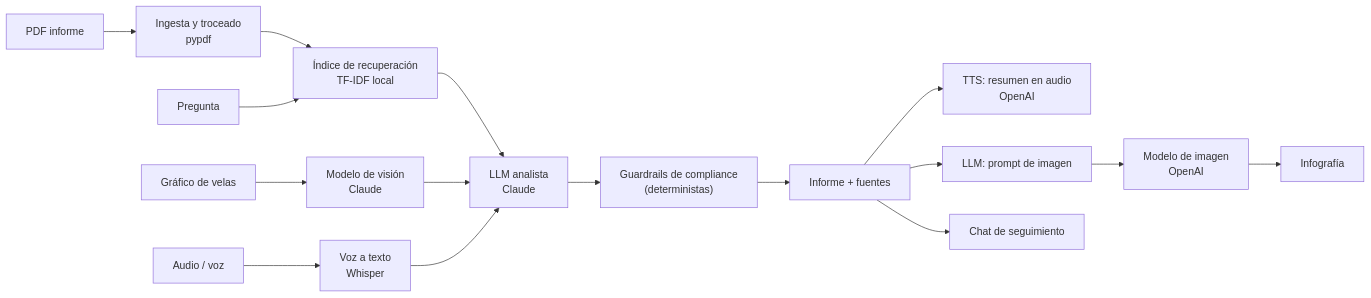
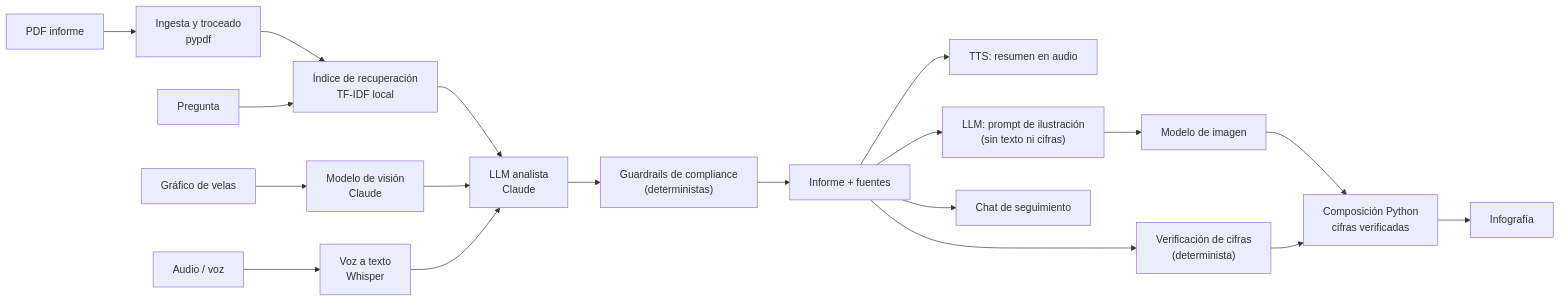
The second of 2 diagrams in README.md (MIAX-14-ARP/Master-MIAX-Tarea-Bloque5-Multimodales), drawn with Mermaid before and after one commit. The commit also changed other lines of this file and 118 other files, not shown here.

````diff
--- a/README.md
+++ b/README.md
@@ -55,15 +55,17 @@
 ```mermaid
 flowchart LR
   PDF[PDF informe] --> ING["Ingesta y troceado<br/>pypdf"] --> RAG["Índice de recuperación<br/>TF-IDF local"]
   IMG[Gráfico de velas] --> VIS["Modelo de visión<br/>Claude"]
   AUD[Audio / voz] --> STT["Voz a texto<br/>Whisper"]
   Q[Pregunta] --> RAG
   RAG --> LLM["LLM analista<br/>Claude"]
   VIS --> LLM
   STT --> LLM
   LLM --> GR["Guardrails de compliance<br/>(deterministas)"]
   GR --> REP[Informe + fuentes]
-  REP --> TTS["TTS: resumen en audio<br/>OpenAI"]
-  REP --> PRM["LLM: prompt de imagen"] --> IGEN["Modelo de imagen<br/>OpenAI"] --> INFO[Infografía]
+  REP --> TTS["TTS: resumen en audio"]
+  REP --> FIG["Verificación de cifras<br/>(determinista)"]
+  REP --> PRM["LLM: prompt de ilustración<br/>(sin texto ni cifras)"] --> IGEN["Modelo de imagen"] --> COMP["Composición Python<br/>cifras verificadas"]
+  FIG --> COMP --> INFO[Infografía]
   REP --> CHAT[Chat de seguimiento]
 ```
````
